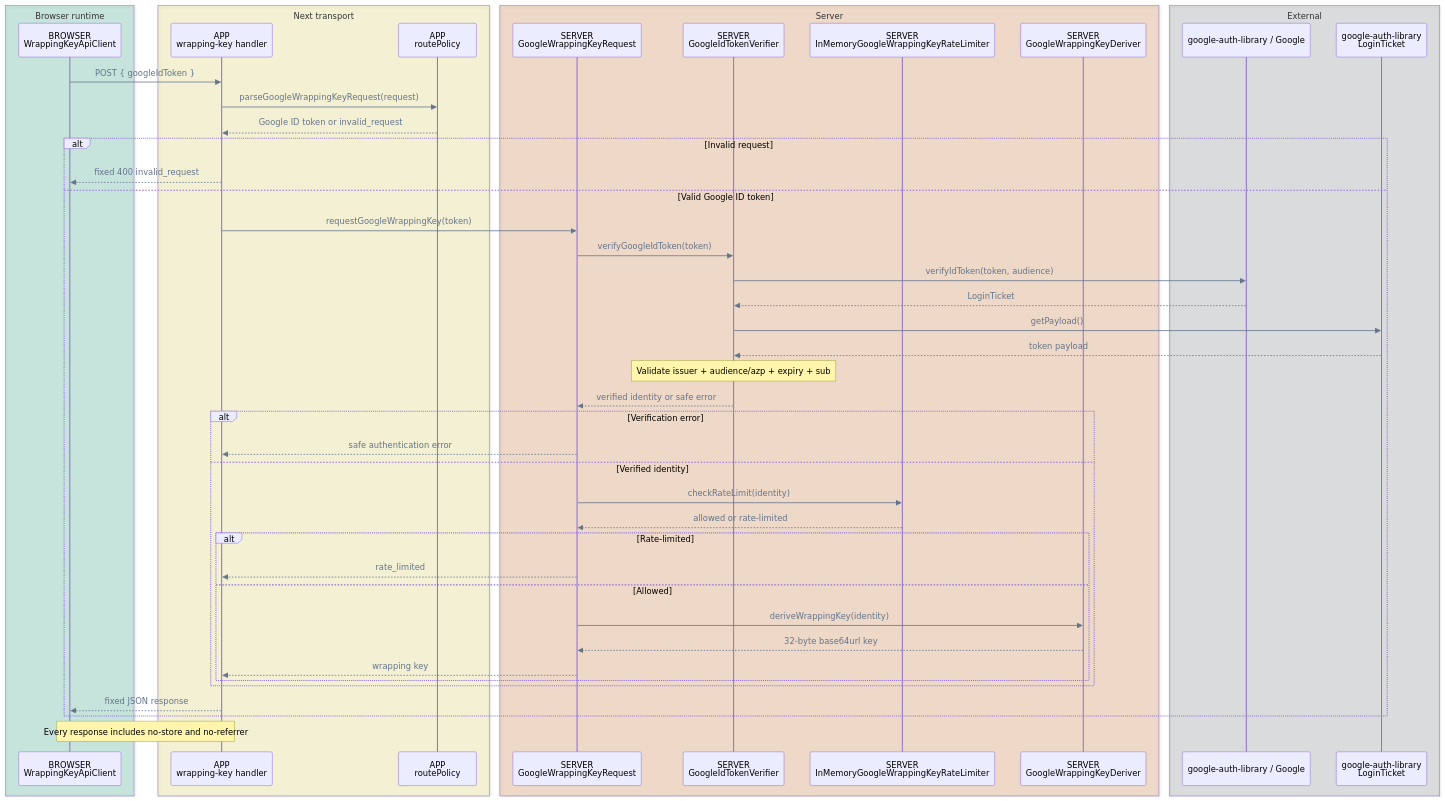
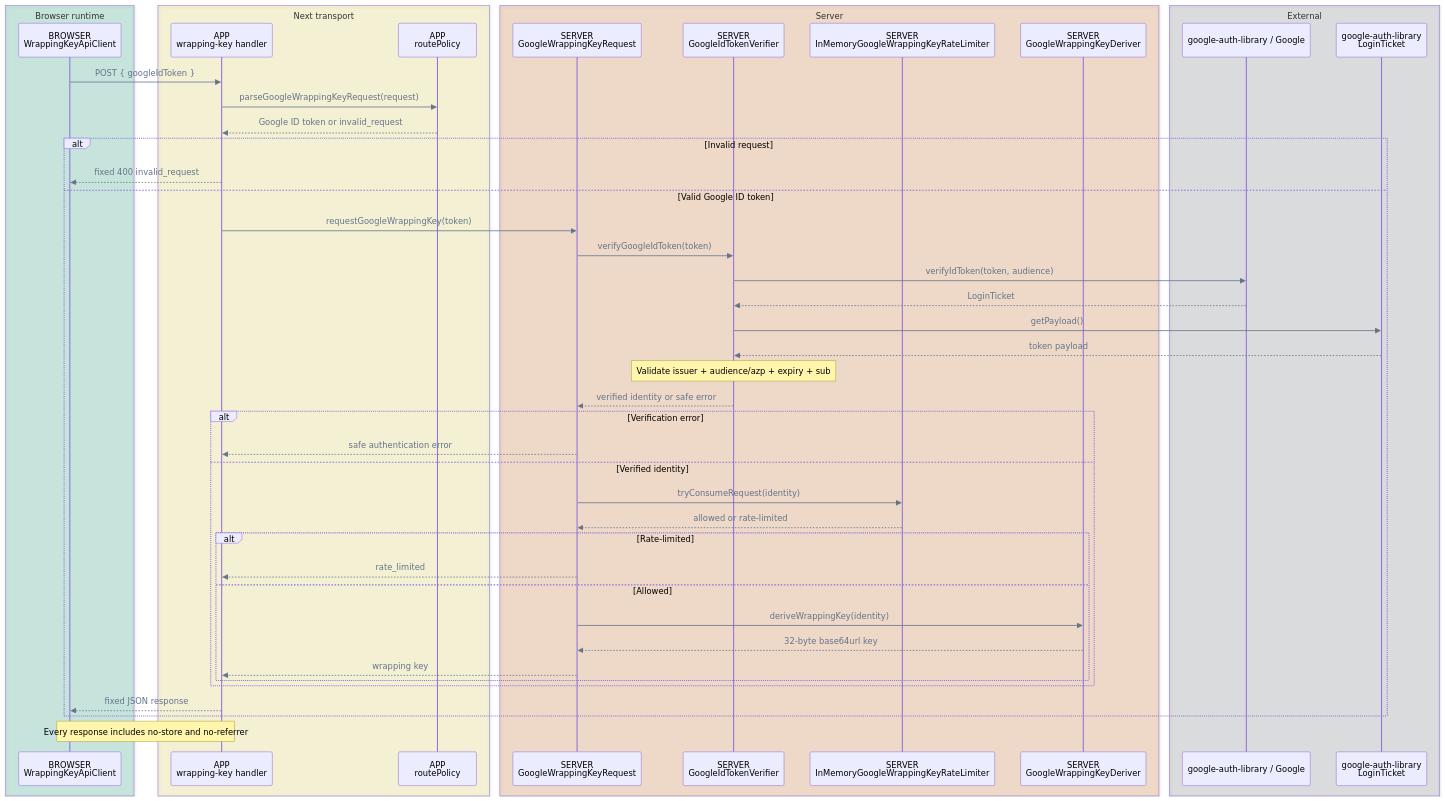
One commit to pubky/pubky-passport changed diagram 13 of 14 in FLOWS.md. Above: the diagram before and after it, drawn with Mermaid. The commit also changed 29 other files, not shown here.

````diff
--- a/FLOWS.md
+++ b/FLOWS.md
@@ -770,54 +770,54 @@
 ```mermaid
 %%{init: {"themeVariables": {"signalColor": "#64748B", "signalTextColor": "#64748B"}}}%%
 sequenceDiagram
     accTitle: Google wrapping-key API call flow
     accDescr: The route validates its request, verifies provider-account claims, applies a keyed identity rate limit, and derives a wrapping key with HKDF.
     box rgba(0, 158, 115, 0.18) Browser runtime
         participant Browser as BROWSER<br/>WrappingKeyApiClient
     end
     box rgba(240, 228, 66, 0.18) Next transport
         participant Handler as APP<br/>wrapping-key handler
         participant Policy as APP<br/>routePolicy
     end
     box rgba(213, 94, 0, 0.18) Server
         participant Request as SERVER<br/>GoogleWrappingKeyRequest
         participant Verifier as SERVER<br/>GoogleIdTokenVerifier
         participant Limiter as SERVER<br/>InMemoryGoogleWrappingKeyRateLimiter
         participant Deriver as SERVER<br/>GoogleWrappingKeyDeriver
     end
     box rgba(17, 24, 39, 0.12) External
         participant Google as google-auth-library / Google
         participant Ticket as google-auth-library<br/>LoginTicket
     end
 
     Browser->>Handler: POST { googleIdToken }
     Handler->>Policy: parseGoogleWrappingKeyRequest(request)
     Policy-->>Handler: Google ID token or invalid_request
     alt Invalid request
         Handler-->>Browser: fixed 400 invalid_request
     else Valid Google ID token
         Handler->>Request: requestGoogleWrappingKey(token)
         Request->>Verifier: verifyGoogleIdToken(token)
         Verifier->>Google: verifyIdToken(token, audience)
         Google-->>Verifier: LoginTicket
         Verifier->>Ticket: getPayload()
         Ticket-->>Verifier: token payload
         Note over Verifier: Validate issuer + audience/azp + expiry + sub
         Verifier-->>Request: verified identity or safe error
         alt Verification error
             Request-->>Handler: safe authentication error
         else Verified identity
-            Request->>Limiter: checkRateLimit(identity)
+            Request->>Limiter: tryConsumeRequest(identity)
             Limiter-->>Request: allowed or rate-limited
             alt Rate-limited
                 Request-->>Handler: rate_limited
             else Allowed
                 Request->>Deriver: deriveWrappingKey(identity)
                 Deriver-->>Request: 32-byte base64url key
                 Request-->>Handler: wrapping key
             end
         end
         Handler-->>Browser: fixed JSON response
     end
     Note over Handler,Browser: Every response includes no-store and no-referrer
 ```
````
